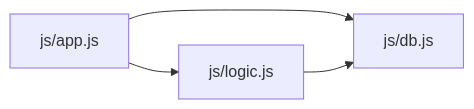
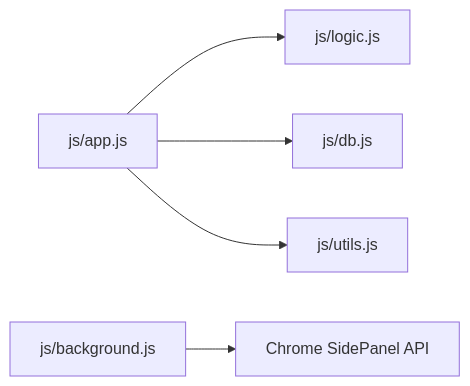
The diagram in docs/spec.md (masanori-satake/QuickLog-Solo), drawn with Mermaid before and after one commit. The commit also changed other lines of this file and 11 other files, not shown here.

First line of the commit message:
feat: pivot to Chrome Extension Side Panel

````diff
--- a/docs/spec.md
+++ b/docs/spec.md
@@ -107,6 +77,7 @@
 ```mermaid
 graph LR
     A[js/app.js] --> B[js/logic.js]
     A --> C[js/db.js]
-    B --> C
+    A --> D[js/utils.js]
+    E[js/background.js] --> SidePanel[Chrome SidePanel API]
 ```
````
